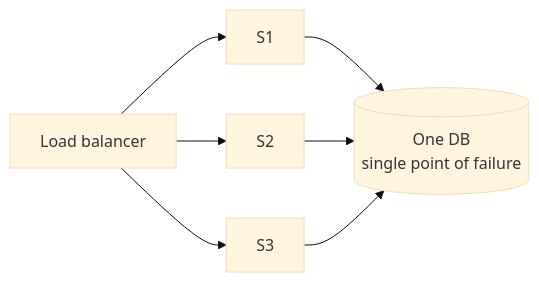
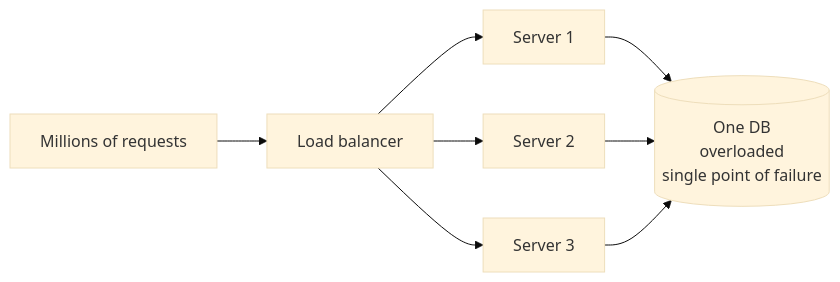
Before and after one commit to aaryan-pradhan/core-cs-fundamentals: the first of 6 diagrams in dbms/21-master-slave.md, drawn with Mermaid (base theme). The commit also changed other lines of this file, not shown here.

````diff
--- a/dbms/21-master-slave.md
+++ b/dbms/21-master-slave.md
@@ -17,7 +9,8 @@
-   ```mermaid
-   flowchart LR
-     LB["Load balancer"] --> S1["S1"] & S2["S2"] & S3["S3"]
-     S1 --> DB[("One DB<br/>single point of failure")]
-     S2 --> DB
-     S3 --> DB
-   ```
+```mermaid
+flowchart LR
+  U["Millions of requests"] --> LB["Load balancer"]
+  LB --> S1["Server 1"] & S2["Server 2"] & S3["Server 3"]
+  S1 --> DB[("One DB<br/>overloaded<br/>single point of failure")]
+  S2 --> DB
+  S3 --> DB
+```
````
